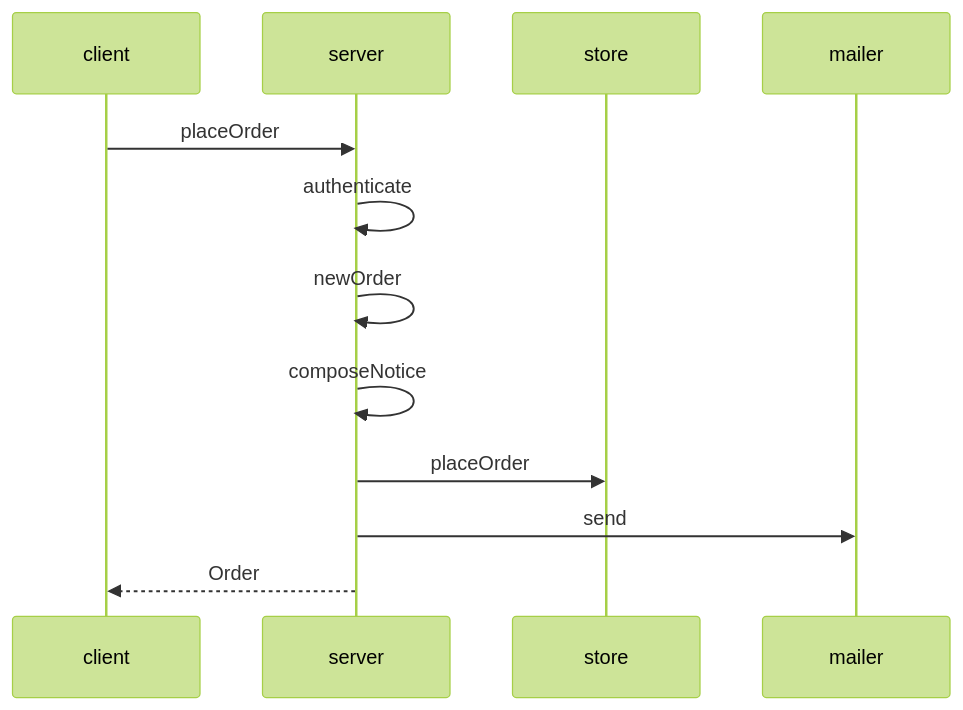
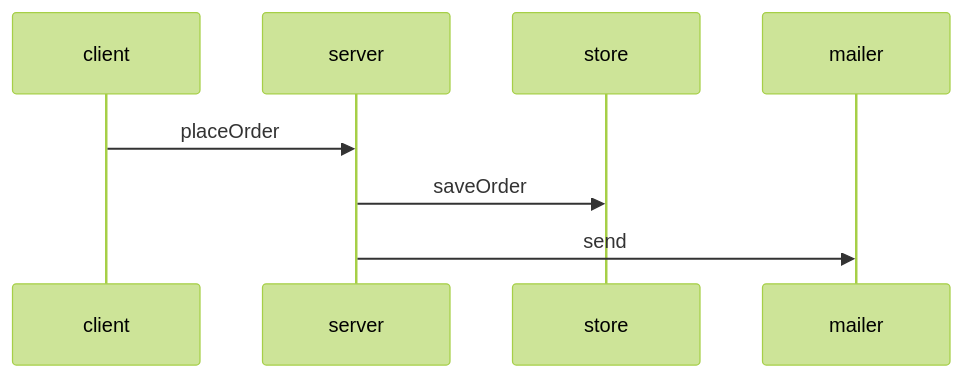
Before and after one commit to mew-ton/hozo: the third of 9 diagrams in README.ja.md, drawn with Mermaid (forest theme). The commit also changed other lines of this file and 3 other files, not shown here.

First line of the commit message:
README: 折りたたみのコードを、図から分かる範囲だけにする（決定 493）

````diff
--- a/README.ja.md
+++ b/README.ja.md
@@ -82,14 +81,10 @@
 ```mermaid
 sequenceDiagram
   participant client
   participant server
   participant store
   participant mailer
   client->>server: placeOrder
-  server->>server: authenticate
-  server->>server: newOrder
-  server->>server: composeNotice
-  server->>store: placeOrder
+  server->>store: saveOrder
   server->>mailer: send
-  server-->>client: Order
 ```
````
